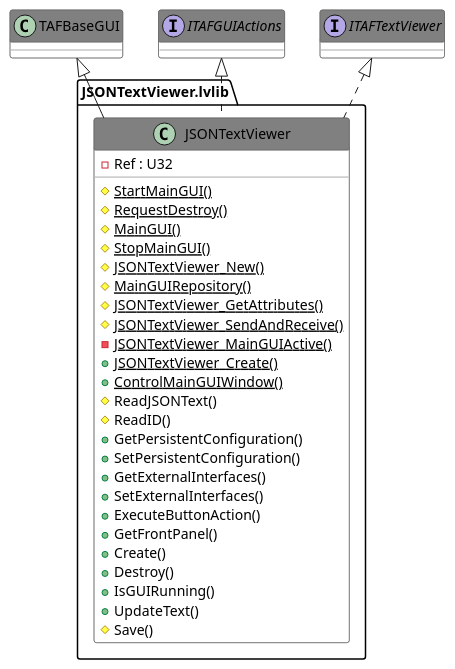
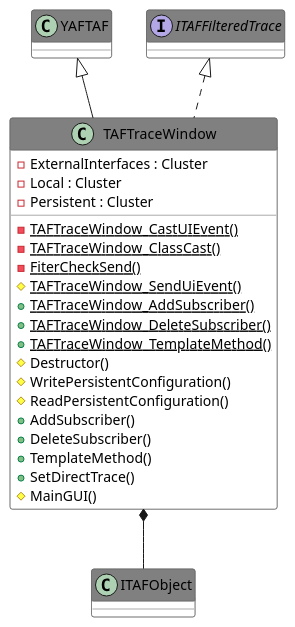
One commit to PatriekBruins/TriekselsoftApplicationFramework changed the diagram in Source/Antidoc-Output/Includes/036.adoc. Above: the diagram before and after it, drawn with PlantUML. The commit also changed other lines of this file and 692 other files, not shown here.

```diff
--- a/Source/Antidoc-Output/Includes/036.adoc
+++ b/Source/Antidoc-Output/Includes/036.adoc
@@ -8,49 +8,41 @@
 [plantuml, format="svg", align="center"]
 ....
 @startuml
 set namespaceSeparator :
 skinparam ClassBackgroundColor #FFFFFF
 skinparam ClassBorderColor #555555
 skinparam ClassFontColor #000000
 skinparam ClassHeaderBackgroundColor #808080
 
 skinparam top to bottom direction
-class "JSONTextViewer.lvlib:JSONTextViewer" {
-{field} -Ref : U32
-{static} {method} #StartMainGUI()
-{static} {method} #RequestDestroy()
-{static} {method} #MainGUI()
-{static} {method} #StopMainGUI()
-{static} {method} #JSONTextViewer_New()
-{static} {method} #MainGUIRepository()
-{static} {method} #JSONTextViewer_GetAttributes()
-{static} {method} #JSONTextViewer_SendAndReceive()
-{static} {method} -JSONTextViewer_MainGUIActive()
-{static} {method} +JSONTextViewer_Create()
-{static} {method} +ControlMainGUIWindow()
-{method} #ReadJSONText()
-{method} #ReadID()
-{method} +GetPersistentConfiguration()
-{method} +SetPersistentConfiguration()
-{method} +GetExternalInterfaces()
-{method} +SetExternalInterfaces()
-{method} +ExecuteButtonAction()
-{method} +GetFrontPanel()
-{method} +Create()
-{method} +Destroy()
-{method} +IsGUIRunning()
-{method} +UpdateText()
-{method} #Save()
+class "TAFTraceWindow" {
+{field} -ExternalInterfaces : Cluster
+{field} -Local : Cluster
+{field} -Persistent : Cluster
+{static} {method} -TAFTraceWindow_CastUIEvent()
+{static} {method} -TAFTraceWindow_ClassCast()
+{static} {method} -FiterCheckSend()
+{static} {method} #TAFTraceWindow_SendUiEvent()
+{static} {method} +TAFTraceWindow_AddSubscriber()
+{static} {method} +TAFTraceWindow_DeleteSubscriber()
+{static} {method} +TAFTraceWindow_TemplateMethod()
+{method} #Destructor()
+{method} #WritePersistentConfiguration()
+{method} #ReadPersistentConfiguration()
+{method} +AddSubscriber()
+{method} +DeleteSubscriber()
+{method} +TemplateMethod()
+{method} +SetDirectTrace()
+{method} #MainGUI()
 
 }
-"TAFBaseGUI" <|-- "JSONTextViewer.lvlib:JSONTextViewer"
-"ITAFGUIActions" <|.. "JSONTextViewer.lvlib:JSONTextViewer"
-interface "ITAFGUIActions" {}
-"ITAFTextViewer" <|.. "JSONTextViewer.lvlib:JSONTextViewer"
-interface "ITAFTextViewer" {}
+"YAFTAF" <|-- "TAFTraceWindow"
+"ITAFFilteredTrace" <|.. "TAFTraceWindow"
+interface "ITAFFilteredTrace" {}
 
+"TAFTraceWindow" *-- "ITAFObject"
 
 
 
 @enduml
 ....
```
